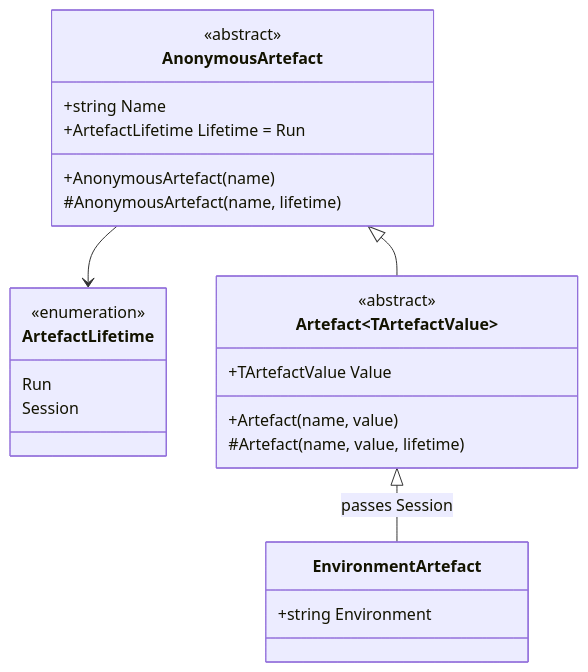
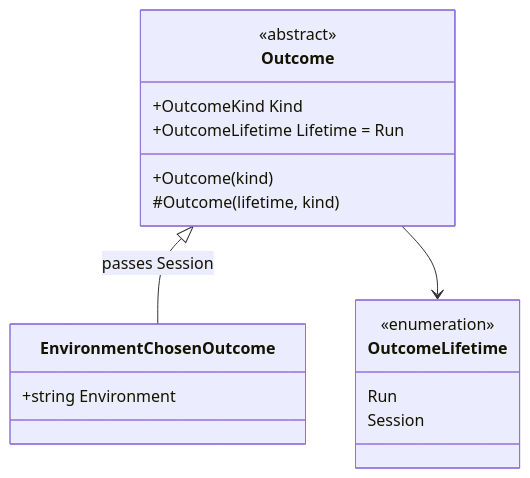
The fourth of 6 diagrams in docs/investigations/0011-can-an-artefact-outlive-the-run-that-made-it.md (KitCli/KitCli), drawn with Mermaid before and after one commit. The commit also changed other lines of this file and 18 other files, not shown here.

First line of the commit message:
feat(workflow): keep an outcome for the whole session

````diff
--- a/docs/investigations/0011-can-an-artefact-outlive-the-run-that-made-it.md
+++ b/docs/investigations/0011-can-an-artefact-outlive-the-run-that-made-it.md
@@ -84,27 +84,20 @@
 ```mermaid
 classDiagram
-    class ArtefactLifetime {
+    class OutcomeLifetime {
         <<enumeration>>
         Run
         Session
     }
-    class AnonymousArtefact {
+    class Outcome {
         <<abstract>>
-        +string Name
-        +ArtefactLifetime Lifetime = Run
-        +AnonymousArtefact(name)
-        #AnonymousArtefact(name, lifetime)
+        +OutcomeKind Kind
+        +OutcomeLifetime Lifetime = Run
+        +Outcome(kind)
+        #Outcome(lifetime, kind)
     }
-    class Artefact~TArtefactValue~ {
-        <<abstract>>
-        +TArtefactValue Value
-        +Artefact(name, value)
-        #Artefact(name, value, lifetime)
-    }
-    class EnvironmentArtefact {
+    class EnvironmentChosenOutcome {
         +string Environment
     }
-    AnonymousArtefact <|-- Artefact
-    Artefact <|-- EnvironmentArtefact : passes Session
-    AnonymousArtefact --> ArtefactLifetime
+    Outcome <|-- EnvironmentChosenOutcome : passes Session
+    Outcome --> OutcomeLifetime
 ```
````
